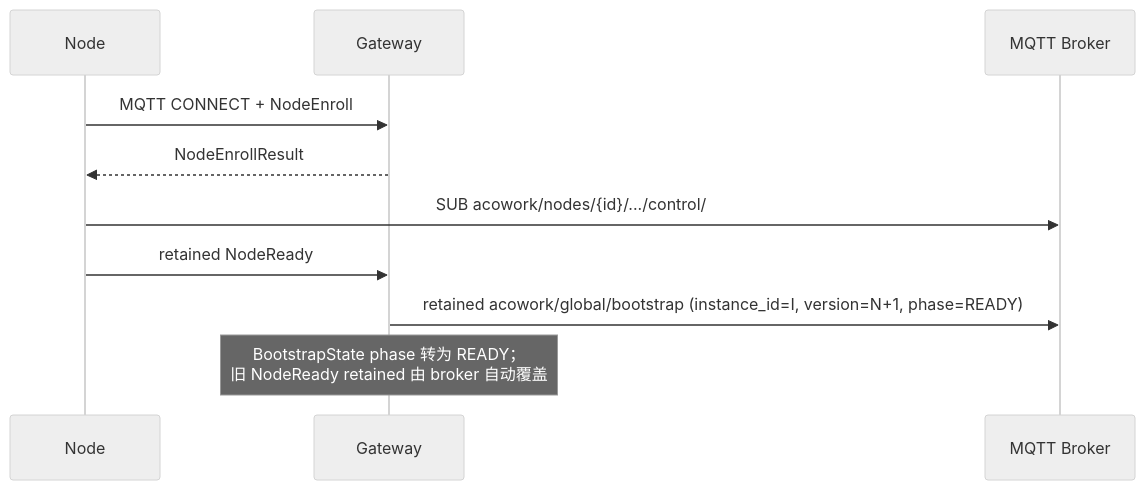
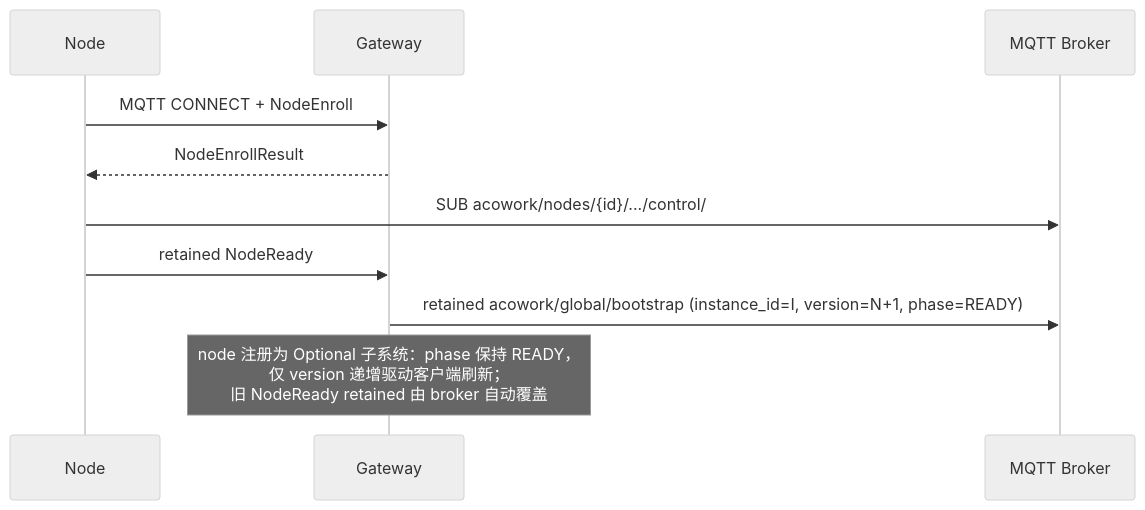
Before and after one commit to tranxon/ACowork: the fourth of 4 diagrams in docs/adr/zh/ADR-059-parallel-onboarding-handshake.md, drawn with Mermaid (neutral theme). The commit also changed other lines of this file, not shown here.

````diff
--- a/docs/adr/zh/ADR-059-parallel-onboarding-handshake.md
+++ b/docs/adr/zh/ADR-059-parallel-onboarding-handshake.md
@@ -612,13 +613,13 @@
 ```mermaid
 sequenceDiagram
     participant N as Node
     participant G as Gateway
     participant B as MQTT Broker
 
     N->>G: MQTT CONNECT + NodeEnroll
     G-->>N: NodeEnrollResult
     N->>B: SUB acowork/nodes/{id}/.../control/#
     N->>G: retained NodeReady
     G->>B: retained acowork/global/bootstrap (instance_id=I, version=N+1, phase=READY)
-    Note over G: BootstrapState phase 转为 READY；<br/>旧 NodeReady retained 由 broker 自动覆盖
+    Note over G: node 注册为 Optional 子系统：phase 保持 READY，<br/>仅 version 递增驱动客户端刷新；<br/>旧 NodeReady retained 由 broker 自动覆盖
 ```
````
